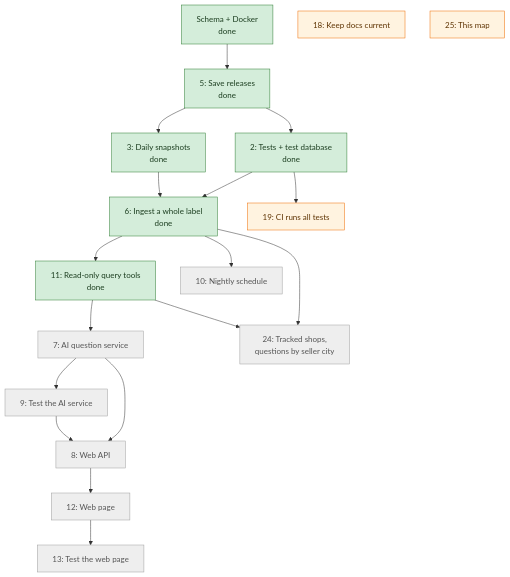
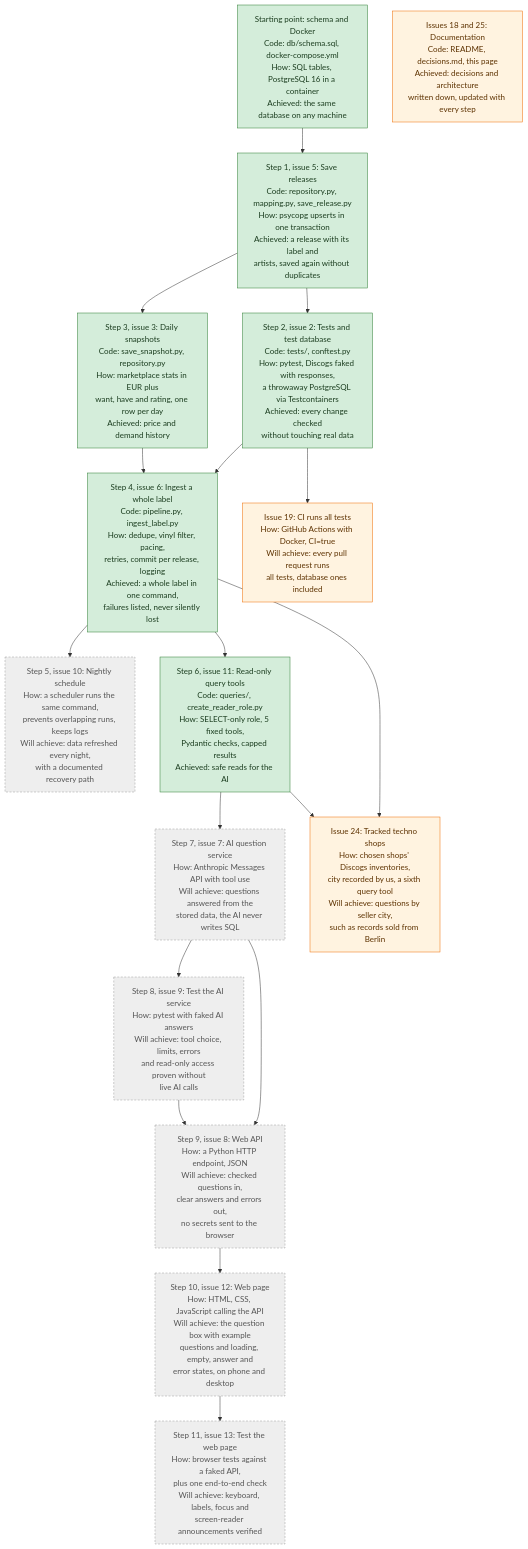
The second of 4 diagrams in docs/architecture.md (AntonisKol/music-catalogue-market-trends-wip), drawn with Mermaid before and after one commit. The commit also changed other lines of this file and 1 other file, not shown here.

First line of the commit message:
Describe every step from the schema to the web page in the architecture diagrams

````diff
--- a/docs/architecture.md
+++ b/docs/architecture.md
@@ -76,43 +91,42 @@
 ```mermaid
 flowchart TD
-    T1["Schema + Docker<br/>done"]
-    T5["5: Save releases<br/>done"]
-    T2["2: Tests + test database<br/>done"]
-    T3["3: Daily snapshots<br/>done"]
-    T6["6: Ingest a whole label<br/>done"]
-    T11["11: Read-only query tools<br/>done"]
-    T7["7: AI question service"]
-    T9["9: Test the AI service"]
-    T8["8: Web API"]
-    T12["12: Web page"]
-    T13["13: Test the web page"]
-    T10["10: Nightly schedule"]
-    T19["19: CI runs all tests"]
-    T24["24: Tracked shops,<br/>questions by seller city"]
-    T18["18: Keep docs current"]
-    T25["25: This map"]
+    S0["Starting point: schema and Docker<br/>Code: db/schema.sql, docker-compose.yml<br/>How: SQL tables, PostgreSQL 16 in a container<br/>Achieved: the same database on any machine"]
+    S1["Step 1, issue 5: Save releases<br/>Code: repository.py, mapping.py, save_release.py<br/>How: psycopg upserts in one transaction<br/>Achieved: a release with its label and<br/>artists, saved again without duplicates"]
+    S2["Step 2, issue 2: Tests and test database<br/>Code: tests/, conftest.py<br/>How: pytest, Discogs faked with responses,<br/>a throwaway PostgreSQL via Testcontainers<br/>Achieved: every change checked<br/>without touching real data"]
+    S3["Step 3, issue 3: Daily snapshots<br/>Code: save_snapshot.py, repository.py<br/>How: marketplace stats in EUR plus<br/>want, have and rating, one row per day<br/>Achieved: price and demand history"]
+    S4["Step 4, issue 6: Ingest a whole label<br/>Code: pipeline.py, ingest_label.py<br/>How: dedupe, vinyl filter, pacing,<br/>retries, commit per release, logging<br/>Achieved: a whole label in one command,<br/>failures listed, never silently lost"]
+    S5["Step 5, issue 10: Nightly schedule<br/>How: a scheduler runs the same command,<br/>prevents overlapping runs, keeps logs<br/>Will achieve: data refreshed every night,<br/>with a documented recovery path"]
+    S6["Step 6, issue 11: Read-only query tools<br/>Code: queries/, create_reader_role.py<br/>How: SELECT-only role, 5 fixed tools,<br/>Pydantic checks, capped results<br/>Achieved: safe reads for the AI"]
+    S7["Step 7, issue 7: AI question service<br/>How: Anthropic Messages API with tool use<br/>Will achieve: questions answered from the<br/>stored data, the AI never writes SQL"]
+    S8["Step 8, issue 9: Test the AI service<br/>How: pytest with faked AI answers<br/>Will achieve: tool choice, limits, errors<br/>and read-only access proven without<br/>live AI calls"]
+    S9["Step 9, issue 8: Web API<br/>How: a Python HTTP endpoint, JSON<br/>Will achieve: checked questions in,<br/>clear answers and errors out,<br/>no secrets sent to the browser"]
+    S10["Step 10, issue 12: Web page<br/>How: HTML, CSS, JavaScript calling the API<br/>Will achieve: the question box with example<br/>questions and loading, empty, answer and<br/>error states, on phone and desktop"]
+    S11["Step 11, issue 13: Test the web page<br/>How: browser tests against a faked API,<br/>plus one end-to-end check<br/>Will achieve: keyboard, labels, focus and<br/>screen-reader announcements verified"]
+    F19["Issue 19: CI runs all tests<br/>How: GitHub Actions with Docker, CI=true<br/>Will achieve: every pull request runs<br/>all tests, database ones included"]
+    F24["Issue 24: Tracked techno shops<br/>How: chosen shops' Discogs inventories,<br/>city recorded by us, a sixth query tool<br/>Will achieve: questions by seller city,<br/>such as records sold from Berlin"]
+    F18["Issues 18 and 25: Documentation<br/>Code: README, decisions.md, this page<br/>Achieved: decisions and architecture<br/>written down, updated with every step"]
 
-    T1 --> T5
-    T5 --> T2
-    T5 --> T3
-    T2 --> T6
-    T3 --> T6
-    T6 --> T10
-    T6 --> T11
-    T11 --> T7
-    T7 --> T9
-    T7 --> T8
-    T9 --> T8
-    T8 --> T12
-    T12 --> T13
-    T2 --> T19
-    T6 --> T24
-    T11 --> T24
+    S0 --> S1
+    S1 --> S2
+    S1 --> S3
+    S2 --> S4
+    S3 --> S4
+    S4 --> S5
+    S4 --> S6
+    S6 --> S7
+    S7 --> S8
+    S7 --> S9
+    S8 --> S9
+    S9 --> S10
+    S10 --> S11
+    S2 --> F19
+    S4 --> F24
+    S6 --> F24
 
-    classDef done fill:#d4edda,stroke:#2e7d32,color:#1b3d1f
-    classDef planned fill:#eeeeee,stroke:#9e9e9e,color:#555555
-    classDef followup fill:#fff3e0,stroke:#ef6c00,color:#5d3200
-    class T1,T5,T2,T3,T6,T11 done
-    class T7,T9,T8,T12,T13,T10,T24 planned
-    class T19,T18,T25 followup
+    classDef built fill:#d4edda,stroke:#2e7d32,color:#1b3d1f
+    classDef planned fill:#eeeeee,stroke:#9e9e9e,color:#555555,stroke-dasharray: 4 3
+    classDef support fill:#fff3e0,stroke:#ef6c00,color:#5d3200
+    class S0,S1,S2,S3,S4,S6 built
+    class S5,S7,S8,S9,S10,S11 planned
+    class F19,F24,F18 support
 ```
````
